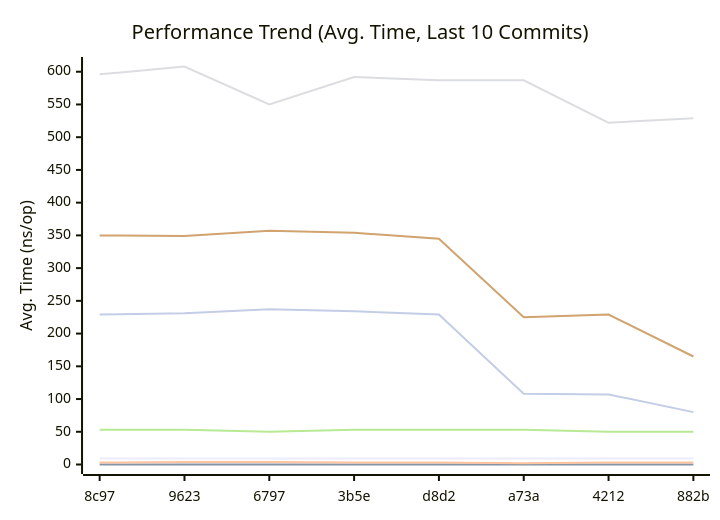
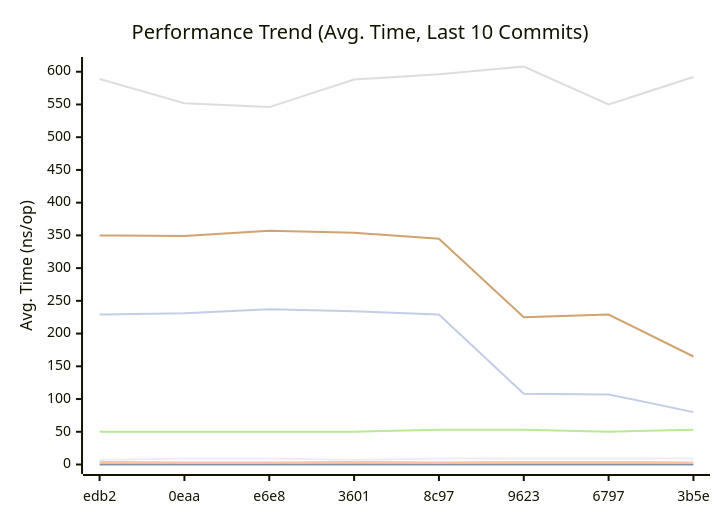
Before and after one commit to alsotoes/momo: the first of 3 diagrams in docs/README.md, drawn with Mermaid. The commit also changed other lines of this file and 5 other files, not shown here.

````diff
--- a/docs/README.md
+++ b/docs/README.md
@@ -303,14 +303,14 @@
 ```mermaid
 xychart-beta
     title "Performance Trend (Avg. Time, Last 10 Commits)"
     x-axis "Commit"
     y-axis "Avg. Time (ns/op)"
-    x-axis [8c97,9623,6797,3b5e,d8d2,a73a,4212,882b]
-    line "CheckMetricsAndSwap" [9,9,9,9,9,9,9,9,7,9]
+    x-axis [edb2,0eaa,e6e8,3601,8c97,9623,6797,3b5e]
+    line "CheckMetricsAndSwap" [7,9,9,7,9,9,9,9,9,9]
     line "IndexDirectTracking" [0,0,0,0,0,0,0,0,0,0]
-    line "IndexSearch" [3,4,4,3,3,2,3,3,2,2]
-    line "LoadGlobalConfig" [596,608,550,592,587,587,522,529,427,591]
-    line "PadString" [53,53,50,53,53,53,50,50,40,53]
+    line "IndexSearch" [4,3,3,4,3,4,4,3,3,2]
+    line "LoadGlobalConfig" [589,552,546,588,596,608,550,592,587,587]
+    line "PadString" [50,50,50,50,53,53,50,53,53,53]
     line "ParseReplicationOrder_NoPrealloc" [350,349,357,354,345,225,229,165,232,234]
     line "ParseReplicationOrder_Prealloc" [229,231,237,234,229,108,107,80,110,109]
 ```
````
